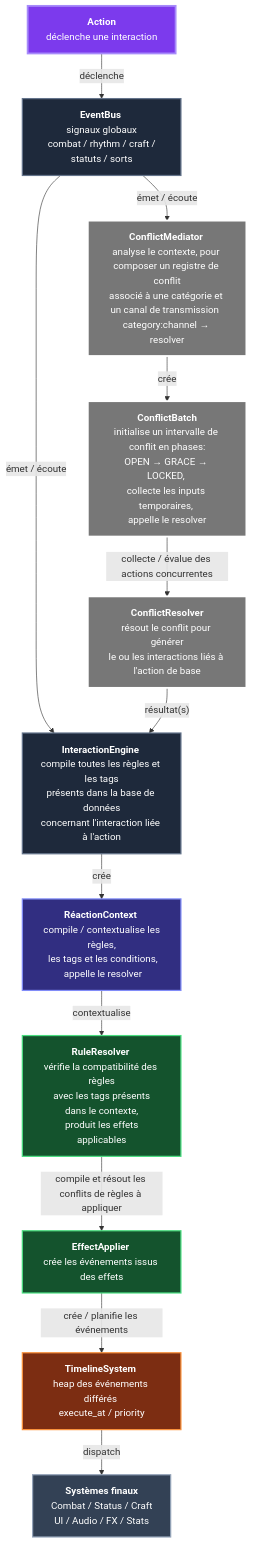
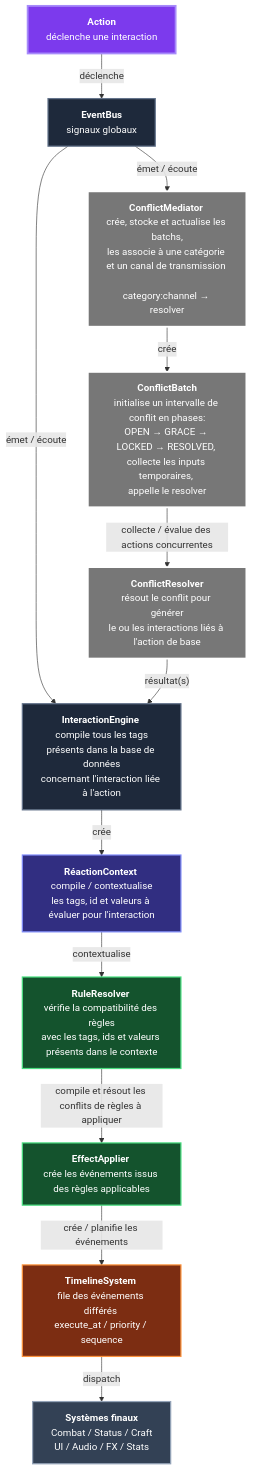
Before and after one commit to PonchioPi/CrossTrinity: the diagram in README.md, drawn with Mermaid. The commit also changed other lines of this file, not shown here.

Commit message:
Update README.md
Correction et peaufinage.

````diff
--- a/README.md
+++ b/README.md
@@ -125,81 +123,78 @@
 ```mermaid
 flowchart TD 
 
 ACT["<b>Action</b> 
 déclenche une interaction"] 
 
 EB["<b>EventBus</b> 
-signaux globaux
- combat / rhythm / craft / statuts / sorts"] 
+signaux globaux"] 
 
 IE["<b>InteractionEngine</b> 
-compile toutes les règles et les tags
+compile tous les tags
 présents dans la base de données
 concernant l'interaction liée à l'action"]
 
 RC["<b>RéactionContext</b> 
- compile / contextualise les règles,
- les tags et les conditions,
- appelle le resolver"] 
+compile / contextualise
+les tags, id et valeurs à évaluer pour l'interaction"] 
 
 RR["<b>RuleResolver</b> 
 vérifie la compatibilité des règles
- avec les tags présents dans le contexte,
- produit les effets applicables"] 
+avec les tags, ids et valeurs présents dans le contexte"] 
 
 CM["<b>ConflictMediator</b> 
-analyse le contexte, pour composer un registre de conflit
-associé à une catégorie et un canal de transmission  
+crée, stocke et actualise les batchs,
+les associe à une catégorie et un canal de transmission  
 category:channel → resolver"] 
 
 CB["<b>ConflictBatch</b>
 initialise un intervalle de conflit en phases:
-OPEN → GRACE → LOCKED, 
+OPEN → GRACE → LOCKED → RESOLVED, 
 collecte les inputs temporaires, 
 appelle le resolver"]
 
 CR["<b>ConflictResolver</b>
 résout le conflit pour générer
 le ou les interactions liés à l'action de base"]
 
 EA["<b>EffectApplier</b> 
-crée les événements issus des effets"] 
+crée les événements issus des règles applicables"] 
 
 TS["<b>TimelineSystem</b> 
-heap des événements différés 
-execute_at / priority"] 
+file des événements différés 
+execute_at / priority / sequence "] 
 
 OUT["<b>Systèmes finaux</b>
 Combat / Status / Craft 
 UI / Audio / FX / Stats"] 
 
 ACT -->|"déclenche"| EB 
 
 EB -->|"émet / écoute"| IE
 EB -->|"émet / écoute"| CM
 
 CM -->|"crée"| CB 
 CB -->|"collecte / évalue des actions concurrentes"| CR
 CR -->|"résultat(s)"| IE
 
 IE -->|"crée"| RC 
 
 RC -->|"contextualise"| RR 
 RR -->|"compile et résout les conflits de règles à appliquer"| EA 
 EA -->|"crée / planifie les événements"| TS 
 TS -->|"dispatch"| OUT 
 classDef action fill:#7c3aed,color:#fff,stroke:#a78bfa,stroke-width:3px 
 classDef core fill:#1e293b,color:#fff,stroke:#64748b,stroke-width:2px
 classDef conflict fill:#777777,color:#fff,stroke:#ffffff,stroke-width:3px
 classDef context fill:#312e81,color:#fff,stroke:#818cf8,stroke-width:2px 
 classDef resolver fill:#14532d,color:#fff,stroke:#4ade80,stroke-width:2px 
 classDef timeline fill:#7c2d12,color:#fff,stroke:#fb923c,stroke-width:2px 
 classDef output fill:#334155,color:#fff,stroke:#94a3b8,stroke-width:2px 
 class ACT action; 
 class EB,IE core;
 class CM,CB,CR conflict;
 class RC context; 
 class RR,EA resolver;
 class TS timeline;
 class OUT output;
 ```
````
